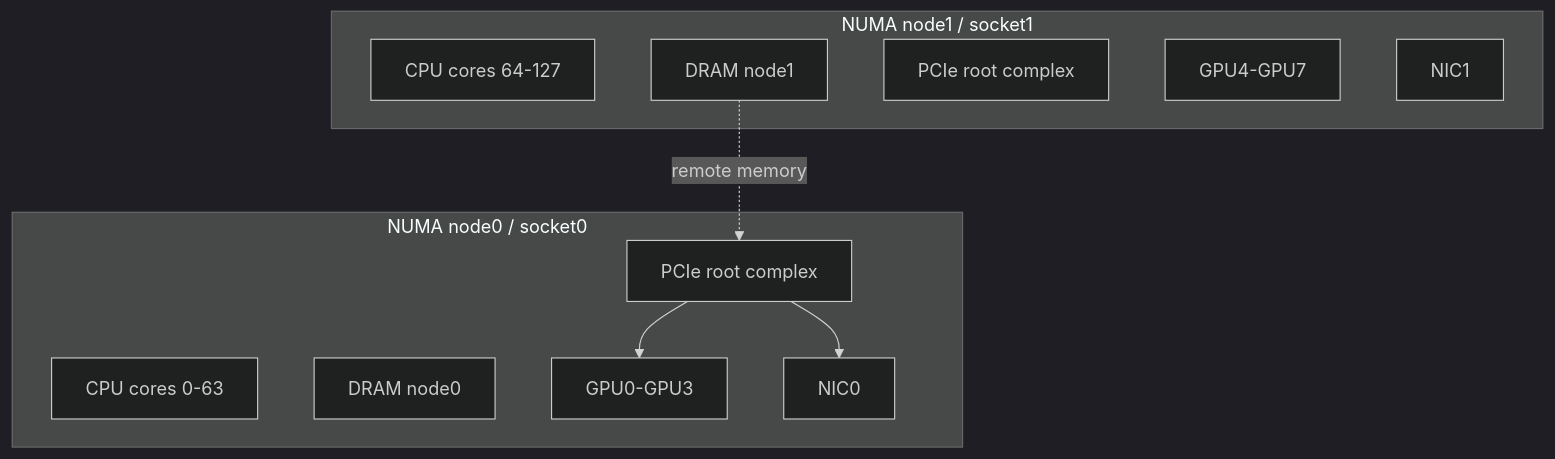
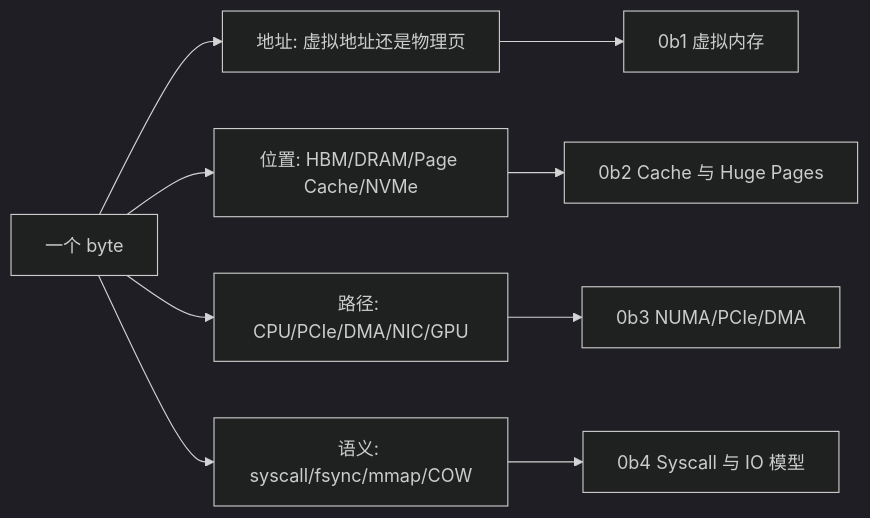
One commit to qxhy123/learn changed the diagram in ai-infra-tutorial/part0-foundations-of-systems/0b-memory-virtual-memory-and-io.md. Above: the diagram before and after it, drawn with Mermaid (dark theme). The commit also changed other lines of this file and 39 other files, not shown here.

First line of the commit message:
Split Part 0a CPU microarchitecture into 8 deep-dive chapters

````diff
--- a/ai-infra-tutorial/part0-foundations-of-systems/0b-memory-virtual-memory-and-io.md
+++ b/ai-infra-tutorial/part0-foundations-of-systems/0b-memory-virtual-memory-and-io.md
@@ -126,20 +27,12 @@
 ```mermaid
-flowchart TB
-  subgraph N0[NUMA node0 / socket0]
-    C0[CPU cores 0-63]
-    M0[DRAM node0]
-    R0[PCIe root complex]
-    G0[GPU0-GPU3]
-    NIC0[NIC0]
-  end
-  subgraph N1[NUMA node1 / socket1]
-    C1[CPU cores 64-127]
-    M1[DRAM node1]
-    R1[PCIe root complex]
-    G1[GPU4-GPU7]
-    NIC1[NIC1]
-  end
-  M1 -. remote memory .-> R0
-  R0 --> G0
-  R0 --> NIC0
+flowchart LR
+  B[一个 byte] --> A[地址: 虚拟地址还是物理页]
+  B --> L[位置: HBM/DRAM/Page Cache/NVMe]
+  B --> P[路径: CPU/PCIe/DMA/NIC/GPU]
+  B --> S[语义: syscall/fsync/mmap/COW]
+
+  A --> C1[0b1 虚拟内存]
+  L --> C2[0b2 Cache 与 Huge Pages]
+  P --> C3[0b3 NUMA/PCIe/DMA]
+  S --> C4[0b4 Syscall 与 IO 模型]
 ```
````
